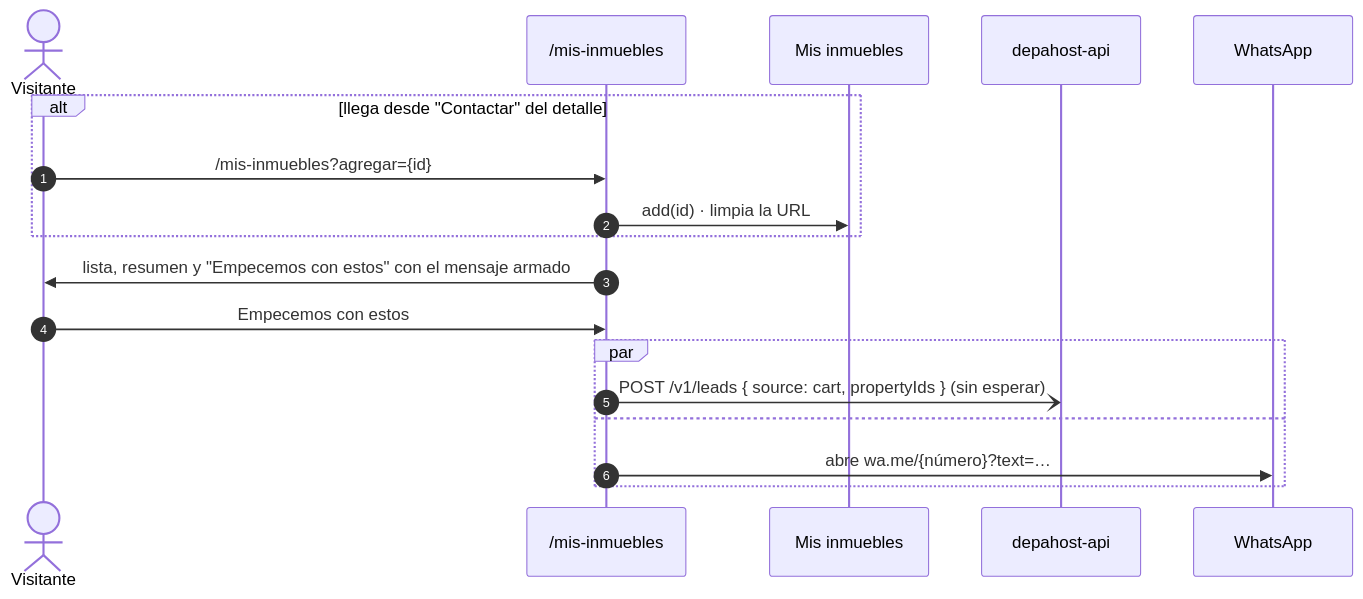
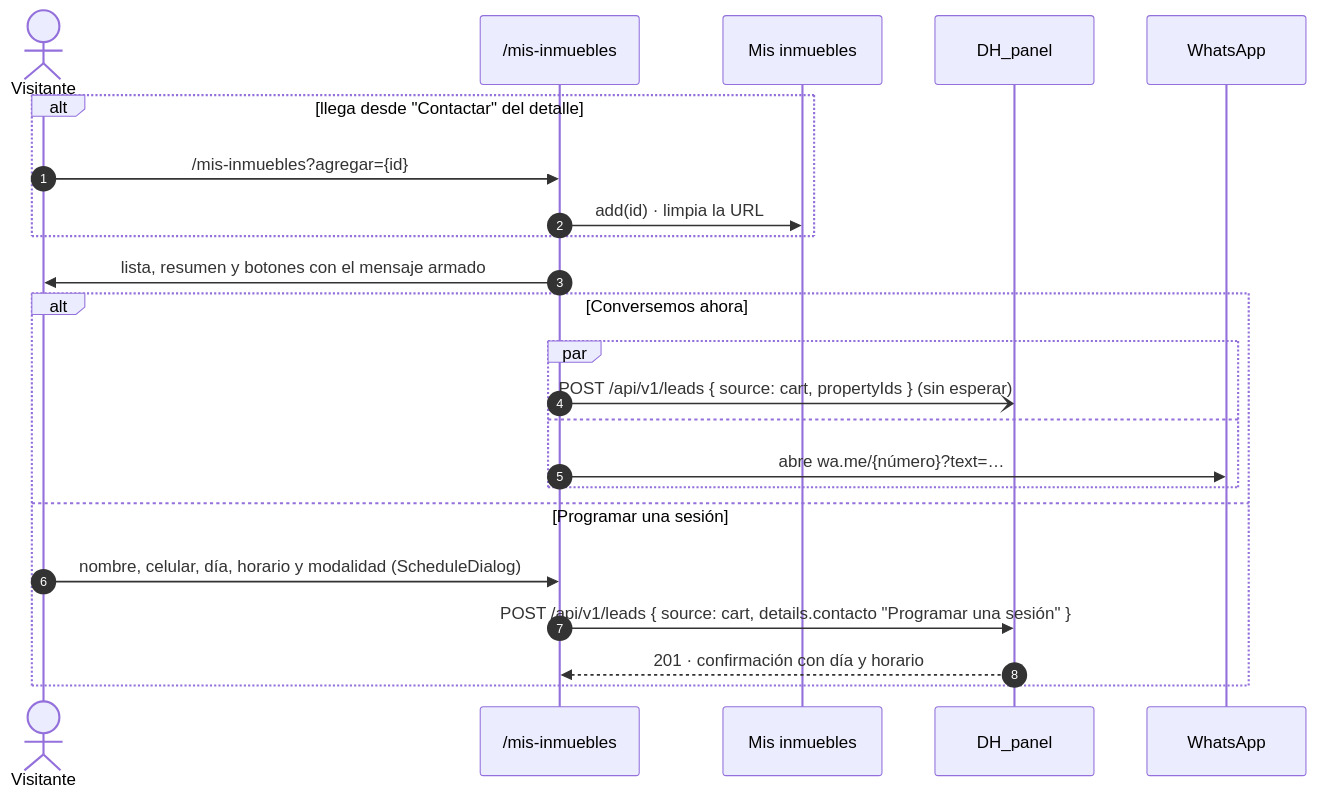
Before and after one commit to samirharrytl/DHC_landing: diagram 12 of 16 in docs/plataforma/05-flujos.md, drawn with Mermaid. The commit also changed other lines of this file and 94 other files, not shown here.

````diff
--- a/docs/plataforma/05-flujos.md
+++ b/docs/plataforma/05-flujos.md
@@ -458,21 +443,26 @@
 ```mermaid
 sequenceDiagram
     autonumber
     actor V as Visitante
     participant P as /mis-inmuebles
     participant ST as Mis inmuebles
-    participant API as depahost-api
+    participant PN as DH_panel
     participant WA as WhatsApp
 
     alt llega desde "Contactar" del detalle
         V->>P: /mis-inmuebles?agregar={id}
         P->>ST: add(id) · limpia la URL
     end
-    P->>V: lista, resumen y "Empecemos con estos" con el mensaje armado
-    V->>P: Empecemos con estos
-    par
-        P-)API: POST /v1/leads { source: cart, propertyIds } (sin esperar)
-    and
-        P->>WA: abre wa.me/{número}?text=…
+    P->>V: lista, resumen y botones con el mensaje armado
+    alt Conversemos ahora
+        par
+            P-)PN: POST /api/v1/leads { source: cart, propertyIds } (sin esperar)
+        and
+            P->>WA: abre wa.me/{número}?text=…
+        end
+    else Programar una sesión
+        V->>P: nombre, celular, día, horario y modalidad (ScheduleDialog)
+        P->>PN: POST /api/v1/leads { source: cart, details.contacto "Programar una sesión" }
+        PN-->>P: 201 · confirmación con día y horario
     end
 ```
````
